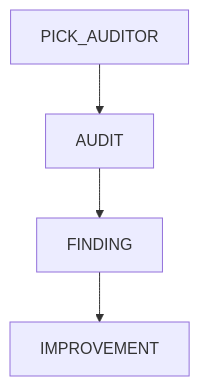
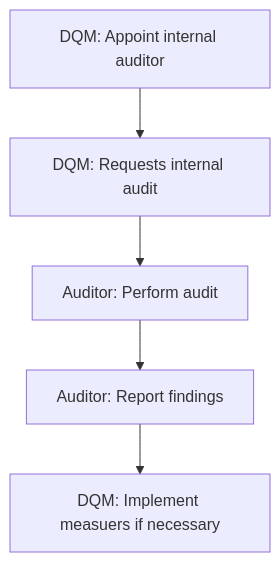
Before and after one commit to Karaka-Management/Organization-Guide: the first of 2 diagrams in Processes/08_Quality Management_Flowchart.md, drawn with Mermaid. The commit also changed other lines of this file and 29 other files, not shown here.

````diff
--- a/Processes/08_Quality Management_Flowchart.md
+++ b/Processes/08_Quality Management_Flowchart.md
@@ -5,6 +5,7 @@
 ```mermaid
 graph TD;
-	PICK_AUDITOR-->AUDIT
-	AUDIT-->FINDING
-	FINDING-->IMPROVEMENT
+	PICK_AUDITOR[DQM: Appoint internal auditor]-->AUDIT_APOINTMENT[DQM: Requests internal audit];
+	AUDIT_APOINTMENT-->AUDIT[Auditor: Perform audit];
+	AUDIT-->FINDING[Auditor: Report findings];
+	FINDING-->IMPROVEMENT[DQM: Implement measuers if necessary];
 ```
````
